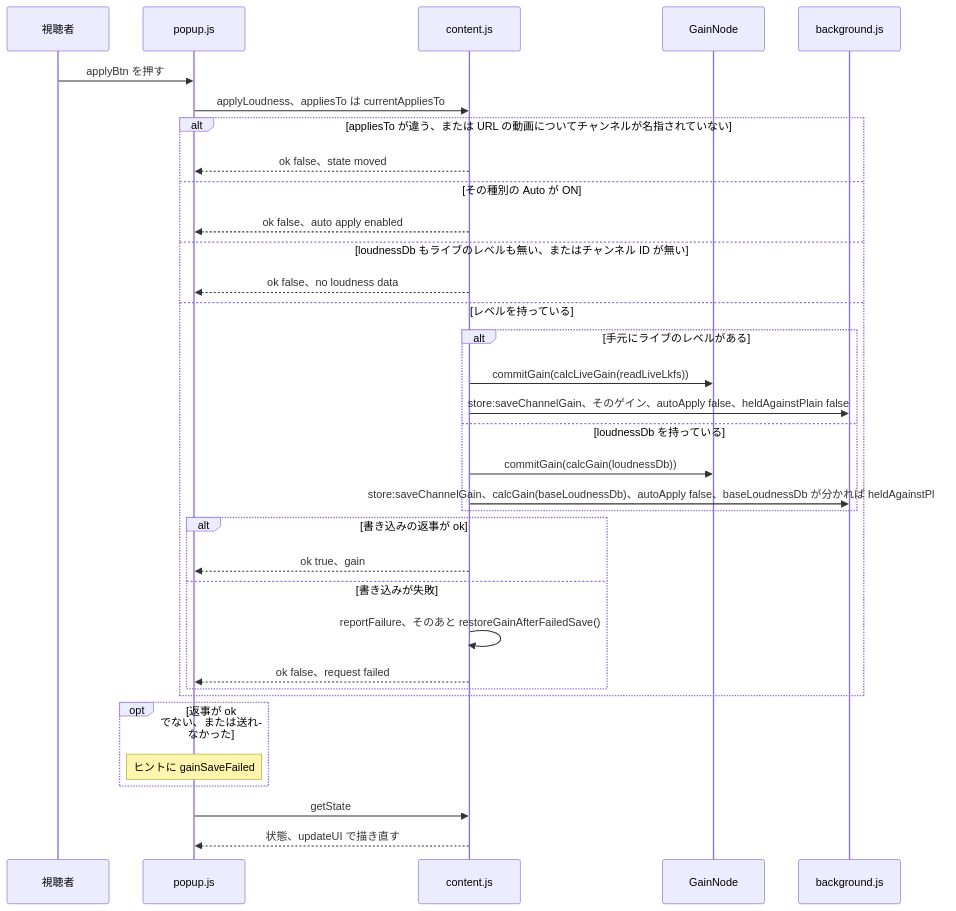
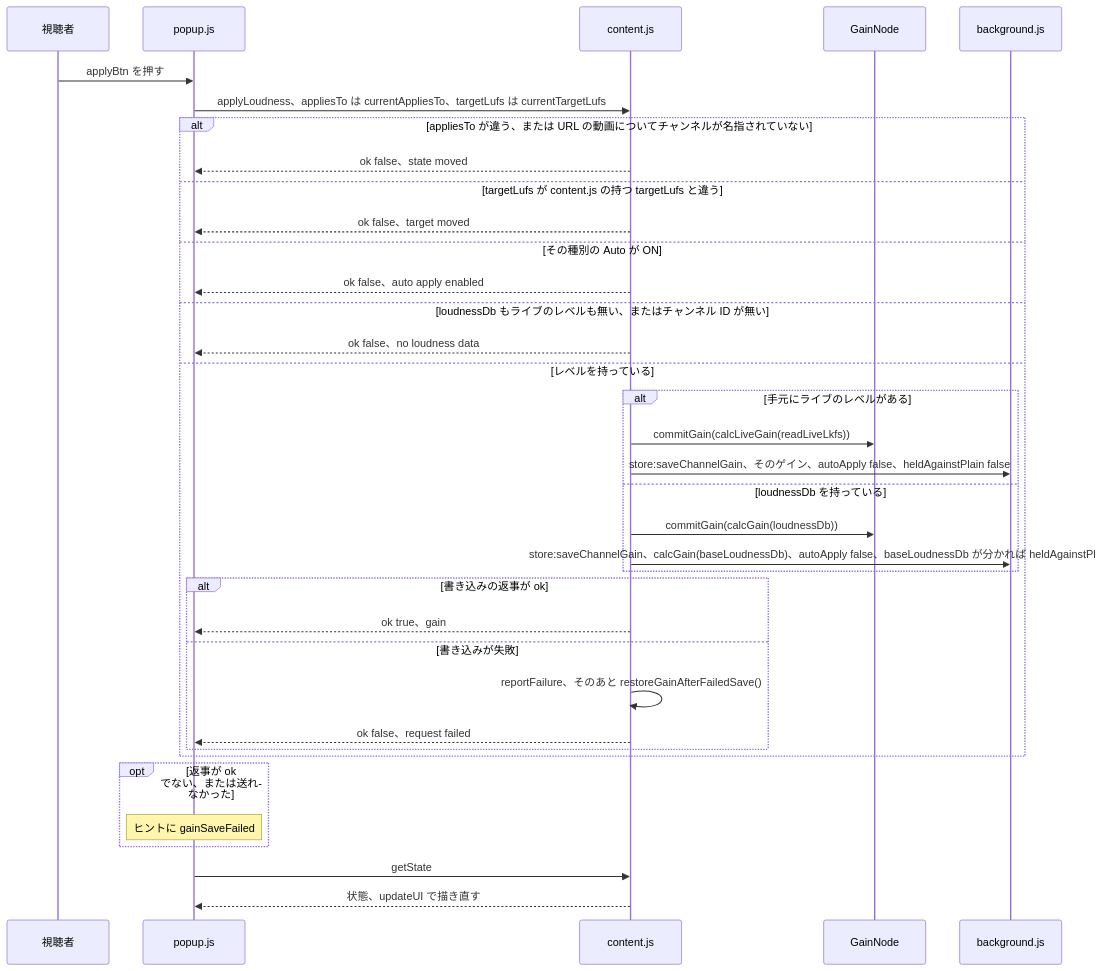
Before and after one commit to semnil/yt-channel-volume: the fifth of 14 diagrams in docs/gain-change-and-save.ja.md, drawn with Mermaid. The commit also changed other lines of this file and 6 other files, not shown here.

Commit message:
fix: refuse an Apply made with a target the tab no longer holds

````diff
--- a/docs/gain-change-and-save.ja.md
+++ b/docs/gain-change-and-save.ja.md
@@ -255,36 +255,38 @@
 ```mermaid
 sequenceDiagram
   participant V as 視聴者
   participant P as popup.js
   participant C as content.js
   participant G as GainNode
   participant W as background.js
   V->>P: applyBtn を押す
-  P->>C: applyLoudness、appliesTo は currentAppliesTo
+  P->>C: applyLoudness、appliesTo は currentAppliesTo、targetLufs は currentTargetLufs
   alt appliesTo が違う、または URL の動画についてチャンネルが名指されていない
     C-->>P: ok false、state moved
+  else targetLufs が content.js の持つ targetLufs と違う
+    C-->>P: ok false、target moved
   else その種別の Auto が ON
     C-->>P: ok false、auto apply enabled
   else loudnessDb もライブのレベルも無い、またはチャンネル ID が無い
     C-->>P: ok false、no loudness data
   else レベルを持っている
     alt 手元にライブのレベルがある
       C->>G: commitGain(calcLiveGain(readLiveLkfs))
       C->>W: store:saveChannelGain、そのゲイン、autoApply false、heldAgainstPlain false
     else loudnessDb を持っている
       C->>G: commitGain(calcGain(loudnessDb))
       C->>W: store:saveChannelGain、calcGain(baseLoudnessDb)、autoApply false、baseLoudnessDb が分かれば heldAgainstPlain
     end
     alt 書き込みの返事が ok
       C-->>P: ok true、gain
     else 書き込みが失敗
       C->>C: reportFailure、そのあと restoreGainAfterFailedSave()
       C-->>P: ok false、request failed
     end
   end
   opt 返事が ok でない、または送れなかった
     Note over P: ヒントに gainSaveFailed
   end
   P->>C: getState
   C-->>P: 状態、updateUI で描き直す
 ```
````
